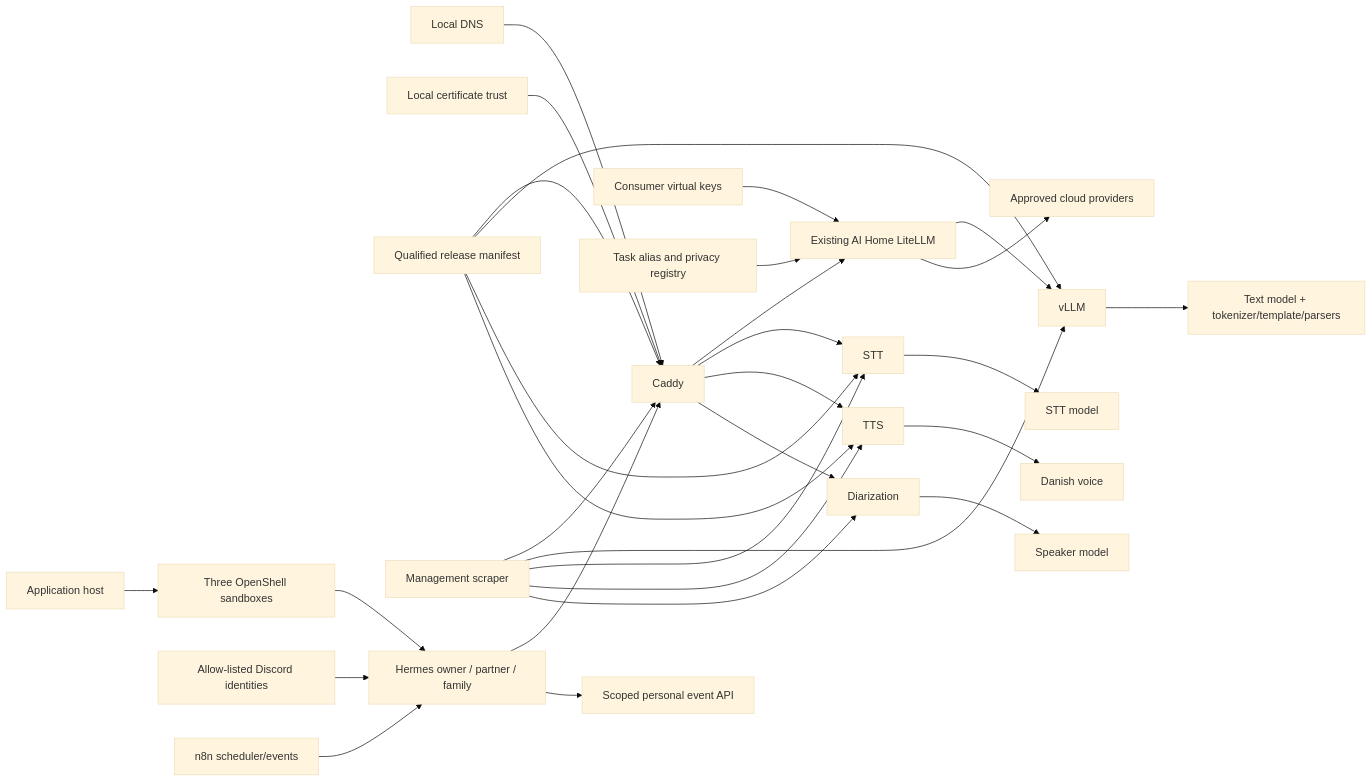
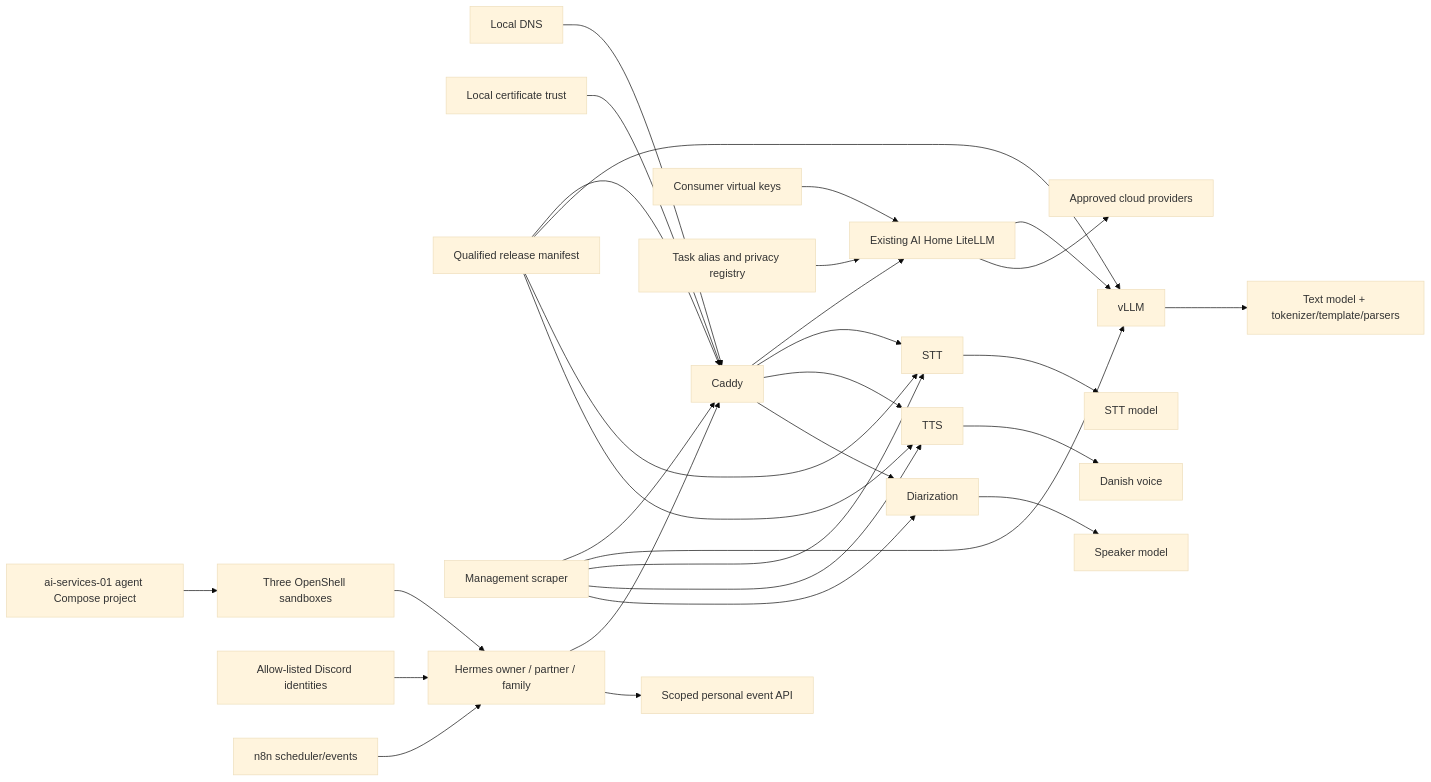
One commit to madslundt/HomeCompute changed the second of 3 diagrams in docs/dependency-graph.md. Above: the diagram before and after it, drawn with Mermaid (base theme). The commit also changed other lines of this file and 23 other files, not shown here.

First line of the commit message:
feat: consolidate application workloads onto ai-services-01

````diff
--- a/docs/dependency-graph.md
+++ b/docs/dependency-graph.md
@@ -48,32 +48,32 @@
 ```mermaid
 flowchart LR
     DNS[Local DNS] --> Edge[Caddy]
     CA[Local certificate trust] --> Edge
     Auth[Consumer virtual keys] --> Router[Existing AI Home LiteLLM]
     Edge --> Router
     Router --> Text[vLLM]
     Router --> Cloud[Approved cloud providers]
     Edge --> STT
     Edge --> TTS
     Edge --> Diar[Diarization]
     Text --> Model[Text model + tokenizer/template/parsers]
     STT --> ASR[STT model]
     TTS --> Voice[Danish voice]
     Diar --> Speaker[Speaker model]
     Manifest[Qualified release manifest] --> Edge
     Manifest --> Text
     Manifest --> STT
     Manifest --> TTS
     Registry[Task alias and privacy registry] --> Router
     Metrics[Management scraper] --> Edge
     Metrics --> Text
     Metrics --> STT
     Metrics --> TTS
     Metrics --> Diar
-    AppHost[Application host] --> OpenShell[Three OpenShell sandboxes]
+    AppHost[ai-services-01 agent Compose project] --> OpenShell[Three OpenShell sandboxes]
     OpenShell --> Hermes[Hermes owner / partner / family]
     Hermes --> Edge
     Hermes --> PersonalAPI[Scoped personal event API]
     Discord[Allow-listed Discord identities] --> Hermes
     N8N[n8n scheduler/events] --> Hermes
 ```
````
